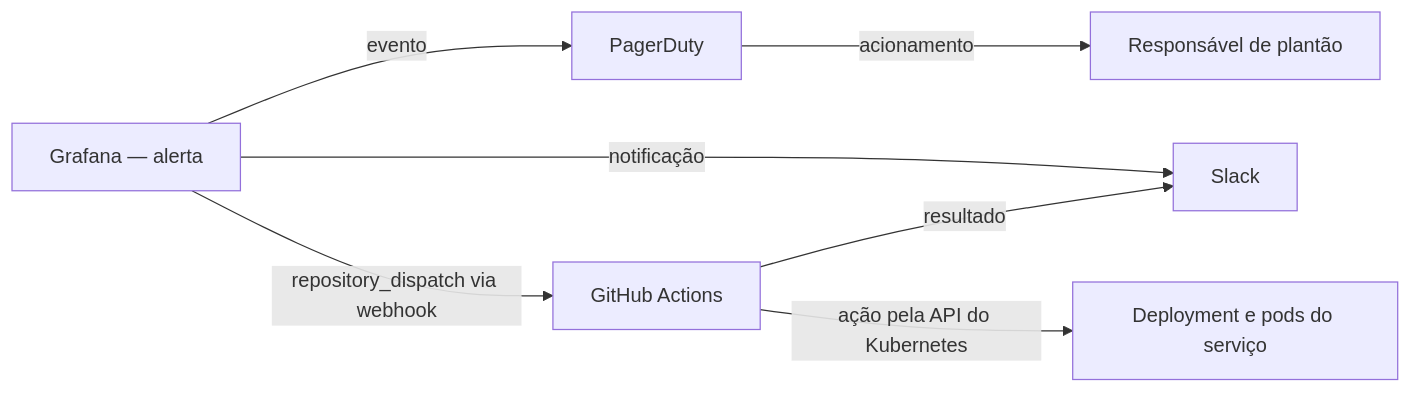
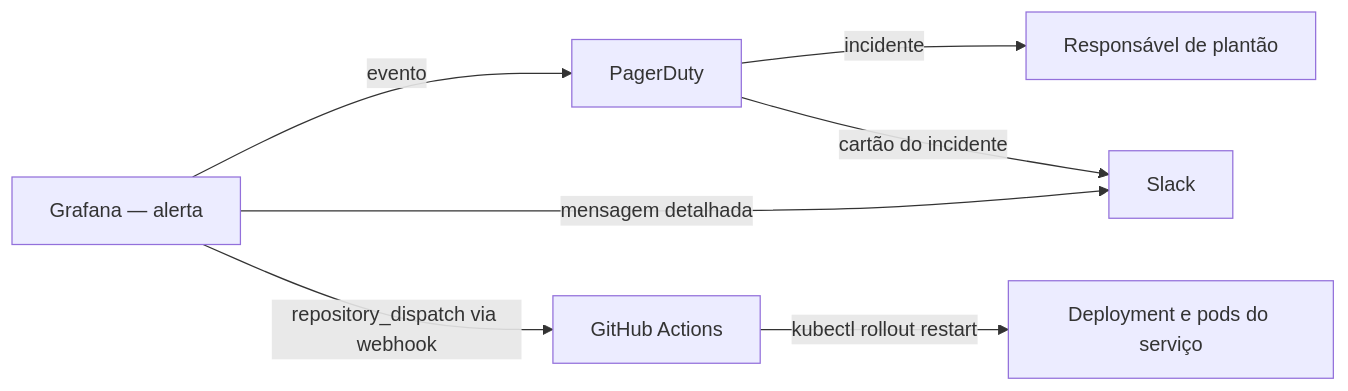
Before and after one commit to fiap-devops-arqcloud-2026/tech-challenge-04: the second of 3 diagrams in README.md, drawn with Mermaid. The commit also changed other lines of this file and 9 other files, not shown here.

````diff
--- a/README.md
+++ b/README.md
@@ -127,9 +132,9 @@
 ```mermaid
 flowchart LR
   Grafana["Grafana — alerta"] -->|"evento"| PD["PagerDuty"]
-  PD -->|"acionamento"| Responsavel["Responsável de plantão"]
-  Grafana -->|"notificação"| Slack["Slack"]
+  PD -->|"incidente"| Responsavel["Responsável de plantão"]
+  PD -->|"cartão do incidente"| Slack["Slack"]
+  Grafana -->|"mensagem detalhada"| Slack
   Grafana -->|"repository_dispatch via webhook"| Actions["GitHub Actions"]
-  Actions -->|"ação pela API do Kubernetes"| Pods["Deployment e pods do serviço"]
-  Actions -->|"resultado"| Slack
+  Actions -->|"kubectl rollout restart"| Pods["Deployment e pods do serviço"]
 ```
````
